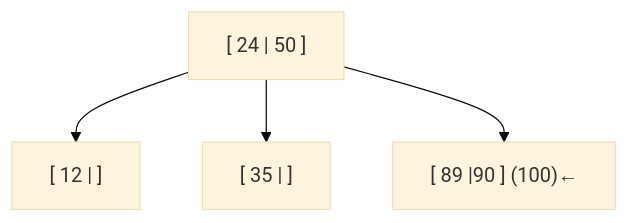
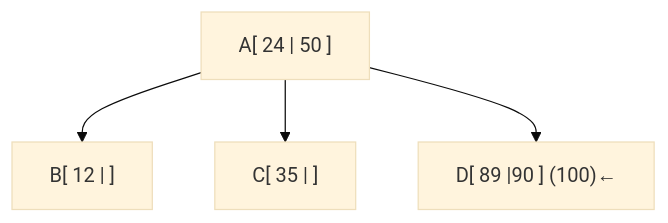
Before and after one commit to IvasiutaM/Algoritmos-II-Consulta: the ninth of 10 diagrams in Unidad 6 Estructuras de Datos no lineales/Árboles2-3.md, drawn with Mermaid (base theme). The commit also changed other lines of this file, not shown here.

````diff
--- a/Unidad 6 Estructuras de Datos no lineales/Árboles2-3.md
+++ b/Unidad 6 Estructuras de Datos no lineales/Árboles2-3.md
@@ -89,11 +89,11 @@
 ```mermaid
 graph TD
-    A["[ 24 | 50 ]"]
-    B["[ 12 |  ]"]
-    C["[ 35 |  ]"]
-    D["[ 89 |90 ] (100)←"]
+    A["A[ 24 | 50 ]"]
+    B["B[ 12 |  ]"]
+    C["C[ 35 |  ]"]
+    D["D[ 89 |90 ] (100)←"]
 
     A --> B
     A --> C
     A --> D
 ```
````
